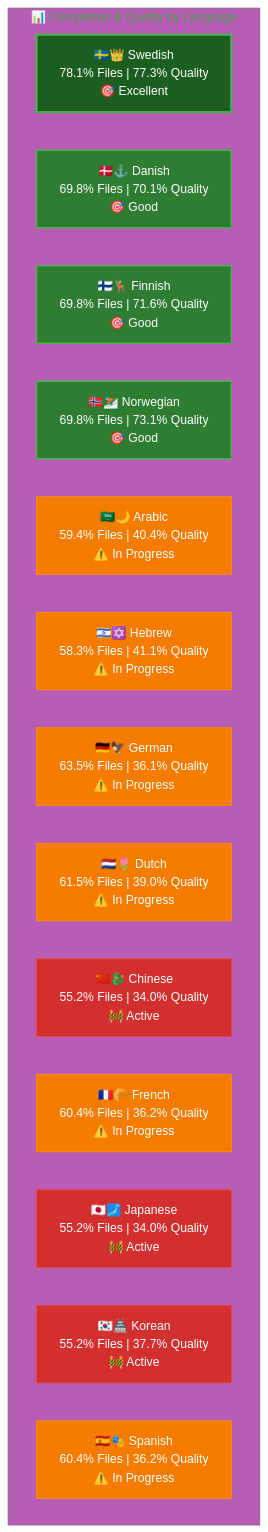
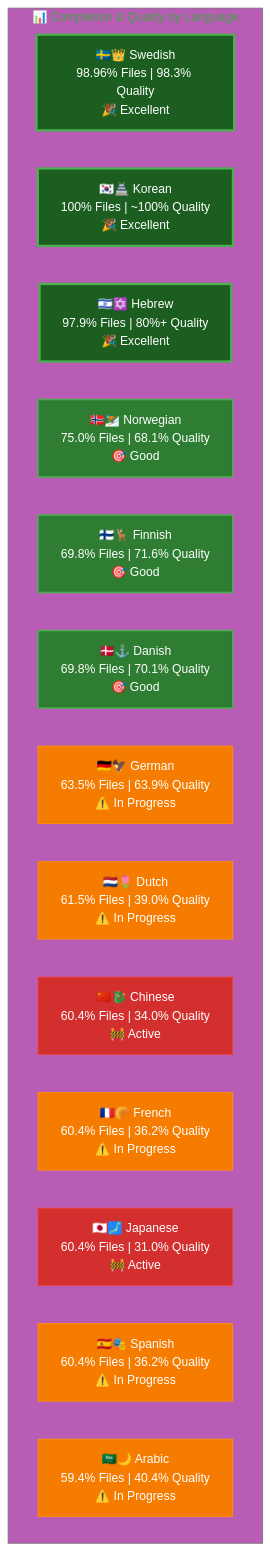
The second of 2 diagrams in TRANSLATION_DOCUMENTATION_README.md (Hack23/homepage), drawn with Mermaid before and after one commit. The commit also changed other lines of this file, not shown here.

````diff
--- a/TRANSLATION_DOCUMENTATION_README.md
+++ b/TRANSLATION_DOCUMENTATION_README.md
@@ -127,35 +225,35 @@
 ```mermaid
 %%{init: {'theme':'base', 'themeVariables': { 'primaryColor':'#4CAF50','fontSize':'16px'}}}%%
 graph TB
     subgraph "📊 Completion & Quality by Language"
-        SV["🇸🇪👑 Swedish<br/>78.1% Files | 77.3% Quality<br/>🎯 Excellent"]
+        SV["🇸🇪👑 Swedish<br/>98.96% Files | 98.3% Quality<br/>🎉 Excellent"]
+        KO["🇰🇷🏯 Korean<br/>100% Files | ~100% Quality<br/>🎉 Excellent"]
+        HE["🇮🇱✡️ Hebrew<br/>97.9% Files | 80%+ Quality<br/>🎉 Excellent"]
+        
+        NO["🇳🇴⛷️ Norwegian<br/>75.0% Files | 68.1% Quality<br/>🎯 Good"]
+        FI["🇫🇮🦌 Finnish<br/>69.8% Files | 71.6% Quality<br/>🎯 Good"]
         DA["🇩🇰⚓ Danish<br/>69.8% Files | 70.1% Quality<br/>🎯 Good"]
-        FI["🇫🇮🦌 Finnish<br/>69.8% Files | 71.6% Quality<br/>🎯 Good"]
-        NO["🇳🇴⛷️ Norwegian<br/>69.8% Files | 73.1% Quality<br/>🎯 Good"]
+        DE["🇩🇪🦅 German<br/>63.5% Files | 63.9% Quality<br/>⚠️  In Progress"]
         
+        NL["🇳🇱🌷 Dutch<br/>61.5% Files | 39.0% Quality<br/>⚠️  In Progress"]
+        ZH["🇨🇳🐉 Chinese<br/>60.4% Files | 34.0% Quality<br/>🚧 Active"]
+        FR["🇫🇷🥐 French<br/>60.4% Files | 36.2% Quality<br/>⚠️  In Progress"]
+        JA["🇯🇵🗾 Japanese<br/>60.4% Files | 31.0% Quality<br/>🚧 Active"]
+        ES["🇪🇸🎭 Spanish<br/>60.4% Files | 36.2% Quality<br/>⚠️  In Progress"]
         AR["🇸🇦🌙 Arabic<br/>59.4% Files | 40.4% Quality<br/>⚠️  In Progress"]
-        HE["🇮🇱✡️ Hebrew<br/>58.3% Files | 41.1% Quality<br/>⚠️  In Progress"]
-        DE["🇩🇪🦅 German<br/>63.5% Files | 36.1% Quality<br/>⚠️  In Progress"]
-        NL["🇳🇱🌷 Dutch<br/>61.5% Files | 39.0% Quality<br/>⚠️  In Progress"]
-        
-        ZH["🇨🇳🐉 Chinese<br/>55.2% Files | 34.0% Quality<br/>🚧 Active"]
-        FR["🇫🇷🥐 French<br/>60.4% Files | 36.2% Quality<br/>⚠️  In Progress"]
-        JA["🇯🇵🗾 Japanese<br/>55.2% Files | 34.0% Quality<br/>🚧 Active"]
-        KO["🇰🇷🏯 Korean<br/>55.2% Files | 37.7% Quality<br/>🚧 Active"]
-        ES["🇪🇸🎭 Spanish<br/>60.4% Files | 36.2% Quality<br/>⚠️  In Progress"]
         
         style SV fill:#1B5E20,stroke:#4CAF50,color:#fff,stroke-width:3px
+        style KO fill:#1B5E20,stroke:#4CAF50,color:#fff,stroke-width:3px
+        style HE fill:#1B5E20,stroke:#4CAF50,color:#fff,stroke-width:3px
+        style NO fill:#2E7D32,stroke:#4CAF50,color:#fff,stroke-width:2px
+        style FI fill:#2E7D32,stroke:#4CAF50,color:#fff,stroke-width:2px
         style DA fill:#2E7D32,stroke:#4CAF50,color:#fff,stroke-width:2px
-        style FI fill:#2E7D32,stroke:#4CAF50,color:#fff,stroke-width:2px
-        style NO fill:#2E7D32,stroke:#4CAF50,color:#fff,stroke-width:2px
-        style AR fill:#F57C00,stroke:#FF9800,color:#fff
-        style HE fill:#F57C00,stroke:#FF9800,color:#fff
         style DE fill:#F57C00,stroke:#FF9800,color:#fff
         style NL fill:#F57C00,stroke:#FF9800,color:#fff
+        style AR fill:#F57C00,stroke:#FF9800,color:#fff
+        style FR fill:#F57C00,stroke:#FF9800,color:#fff
+        style ES fill:#F57C00,stroke:#FF9800,color:#fff
         style ZH fill:#D32F2F,stroke:#F44336,color:#fff
-        style FR fill:#F57C00,stroke:#FF9800,color:#fff
         style JA fill:#D32F2F,stroke:#F44336,color:#fff
-        style KO fill:#D32F2F,stroke:#F44336,color:#fff
-        style ES fill:#F57C00,stroke:#FF9800,color:#fff
     end
 ```
````
